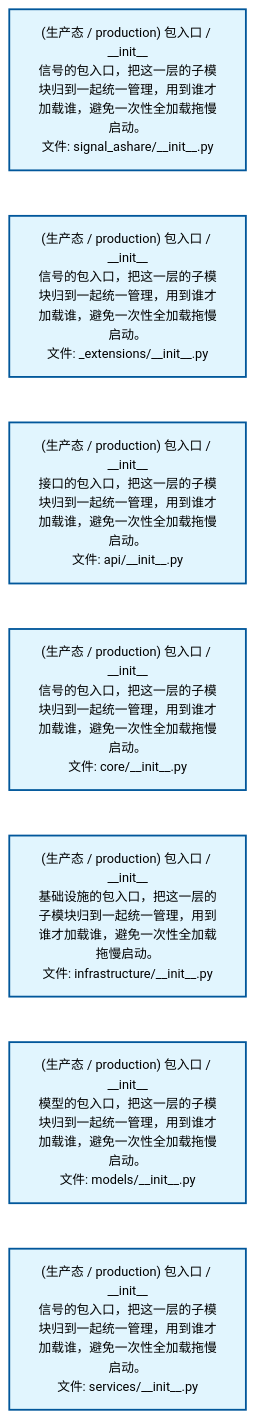
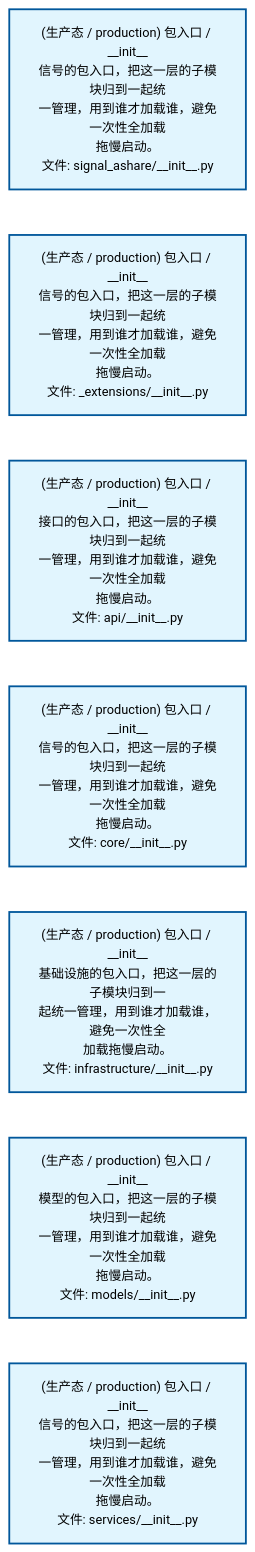
Before and after one commit to xuanFelixVan/ZephyrAlpha: the second of 4 diagrams in docs/02_enterprise_architecture/02_domain_architecture_docs/32_d_ashare_signal.md, drawn with Mermaid. The commit also changed other lines of this file and 59 other files, not shown here.

````diff
--- a/docs/02_enterprise_architecture/02_domain_architecture_docs/32_d_ashare_signal.md
+++ b/docs/02_enterprise_architecture/02_domain_architecture_docs/32_d_ashare_signal.md
@@ -103,22 +103,22 @@
 ```mermaid
 %%{init: {'theme': 'base', 'themeVariables': {'primaryColor': '#eaeaea', 'primaryTextColor': '#333333', 'primaryBorderColor': '#666666', 'lineColor': '#666666', 'secondaryColor': '#eaeaea', 'tertiaryColor': '#eaeaea', 'fontSize': '14px'}}}%%
 flowchart TD
-    src_zephyr_signal_ashare_init_py["(生产态 / production) 包入口 / __init__<br/>信号的包入口，把这一层的子模块归到一起统一管理，用到谁才加载谁，避免一次性全加载拖慢启动。<br/>文件: signal_ashare/__init__.py"]
-    src_zephyr_signal_ashare_extensions_init_py["(生产态 / production) 包入口 / __init__<br/>信号的包入口，把这一层的子模块归到一起统一管理，用到谁才加载谁，避免一次性全加载拖慢启动。<br/>文件: _extensions/__init__.py"]
-    src_zephyr_signal_ashare_api_init_py["(生产态 / production) 包入口 / __init__<br/>接口的包入口，把这一层的子模块归到一起统一管理，用到谁才加载谁，避免一次性全加载拖慢启动。<br/>文件: api/__init__.py"]
-    src_zephyr_signal_ashare_core_init_py["(生产态 / production) 包入口 / __init__<br/>信号的包入口，把这一层的子模块归到一起统一管理，用到谁才加载谁，避免一次性全加载拖慢启动。<br/>文件: core/__init__.py"]
-    src_zephyr_signal_ashare_infrastructure_init_py["(生产态 / production) 包入口 / __init__<br/>基础设施的包入口，把这一层的子模块归到一起统一管理，用到谁才加载谁，避免一次性全加载拖慢启动。<br/>文件: infrastructure/__init__.py"]
-    src_zephyr_signal_ashare_models_init_py["(生产态 / production) 包入口 / __init__<br/>模型的包入口，把这一层的子模块归到一起统一管理，用到谁才加载谁，避免一次性全加载拖慢启动。<br/>文件: models/__init__.py"]
-    src_zephyr_signal_ashare_services_init_py["(生产态 / production) 包入口 / __init__<br/>信号的包入口，把这一层的子模块归到一起统一管理，用到谁才加载谁，避免一次性全加载拖慢启动。<br/>文件: services/__init__.py"]
+    src_zephyr_signal_ashare_init_py["(生产态 / production) 包入口 / __init__<br/>信号的包入口，把这一层的子模块归到一起统<br/>一管理，用到谁才加载谁，避免一次性全加载<br/>拖慢启动。<br/>文件: signal_ashare/__init__.py"]
+    src_zephyr_signal_ashare_extensions_init_py["(生产态 / production) 包入口 / __init__<br/>信号的包入口，把这一层的子模块归到一起统<br/>一管理，用到谁才加载谁，避免一次性全加载<br/>拖慢启动。<br/>文件: _extensions/__init__.py"]
+    src_zephyr_signal_ashare_api_init_py["(生产态 / production) 包入口 / __init__<br/>接口的包入口，把这一层的子模块归到一起统<br/>一管理，用到谁才加载谁，避免一次性全加载<br/>拖慢启动。<br/>文件: api/__init__.py"]
+    src_zephyr_signal_ashare_core_init_py["(生产态 / production) 包入口 / __init__<br/>信号的包入口，把这一层的子模块归到一起统<br/>一管理，用到谁才加载谁，避免一次性全加载<br/>拖慢启动。<br/>文件: core/__init__.py"]
+    src_zephyr_signal_ashare_infrastructure_init_py["(生产态 / production) 包入口 / __init__<br/>基础设施的包入口，把这一层的子模块归到一<br/>起统一管理，用到谁才加载谁，避免一次性全<br/>加载拖慢启动。<br/>文件: infrastructure/__init__.py"]
+    src_zephyr_signal_ashare_models_init_py["(生产态 / production) 包入口 / __init__<br/>模型的包入口，把这一层的子模块归到一起统<br/>一管理，用到谁才加载谁，避免一次性全加载<br/>拖慢启动。<br/>文件: models/__init__.py"]
+    src_zephyr_signal_ashare_services_init_py["(生产态 / production) 包入口 / __init__<br/>信号的包入口，把这一层的子模块归到一起统<br/>一管理，用到谁才加载谁，避免一次性全加载<br/>拖慢启动。<br/>文件: services/__init__.py"]
     src_zephyr_signal_ashare_init_py ~~~ src_zephyr_signal_ashare_extensions_init_py
     src_zephyr_signal_ashare_extensions_init_py ~~~ src_zephyr_signal_ashare_api_init_py
     src_zephyr_signal_ashare_api_init_py ~~~ src_zephyr_signal_ashare_core_init_py
     src_zephyr_signal_ashare_core_init_py ~~~ src_zephyr_signal_ashare_infrastructure_init_py
     src_zephyr_signal_ashare_infrastructure_init_py ~~~ src_zephyr_signal_ashare_models_init_py
     src_zephyr_signal_ashare_models_init_py ~~~ src_zephyr_signal_ashare_services_init_py
     classDef production fill:#e1f5fe,stroke:#01579b,stroke-width:2px,color:#000
     classDef design fill:#fff3e0,stroke:#e65100,stroke-width:2px,color:#000,stroke-dasharray: 5 5
     classDef external_prod fill:#e8f4fd,stroke:#0277bd,stroke-width:1px,color:#000
     classDef external_design fill:#fff8e7,stroke:#ef6c00,stroke-width:1px,color:#000,stroke-dasharray: 5 5
     class src_zephyr_signal_ashare_init_py,src_zephyr_signal_ashare_extensions_init_py,src_zephyr_signal_ashare_api_init_py,src_zephyr_signal_ashare_core_init_py,src_zephyr_signal_ashare_infrastructure_init_py,src_zephyr_signal_ashare_models_init_py,src_zephyr_signal_ashare_services_init_py production
 ```
````
